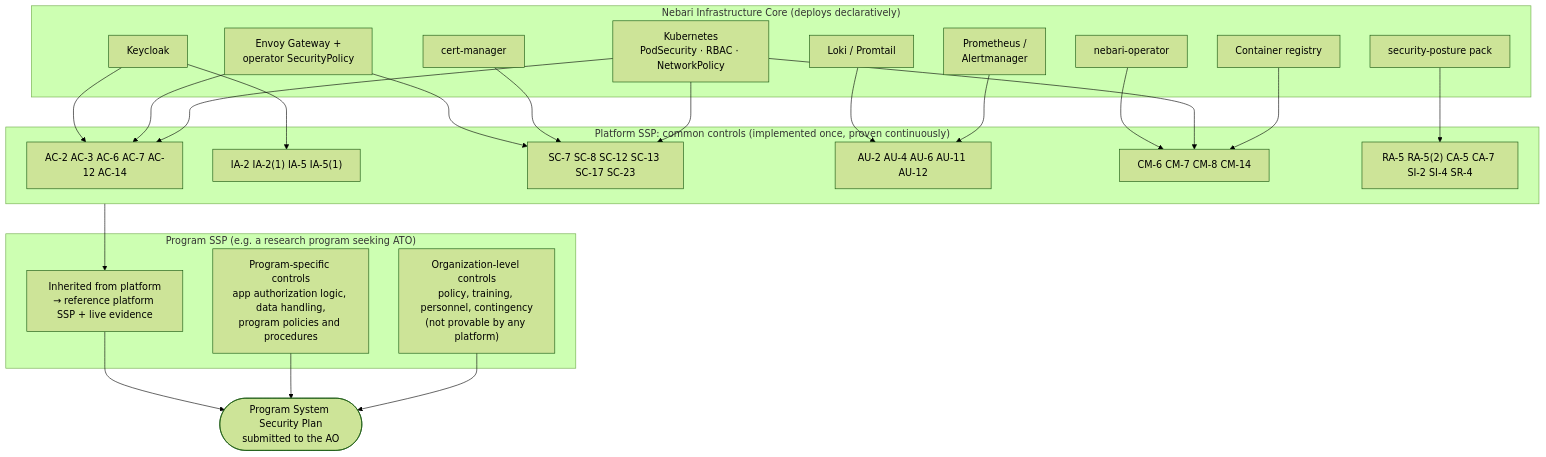
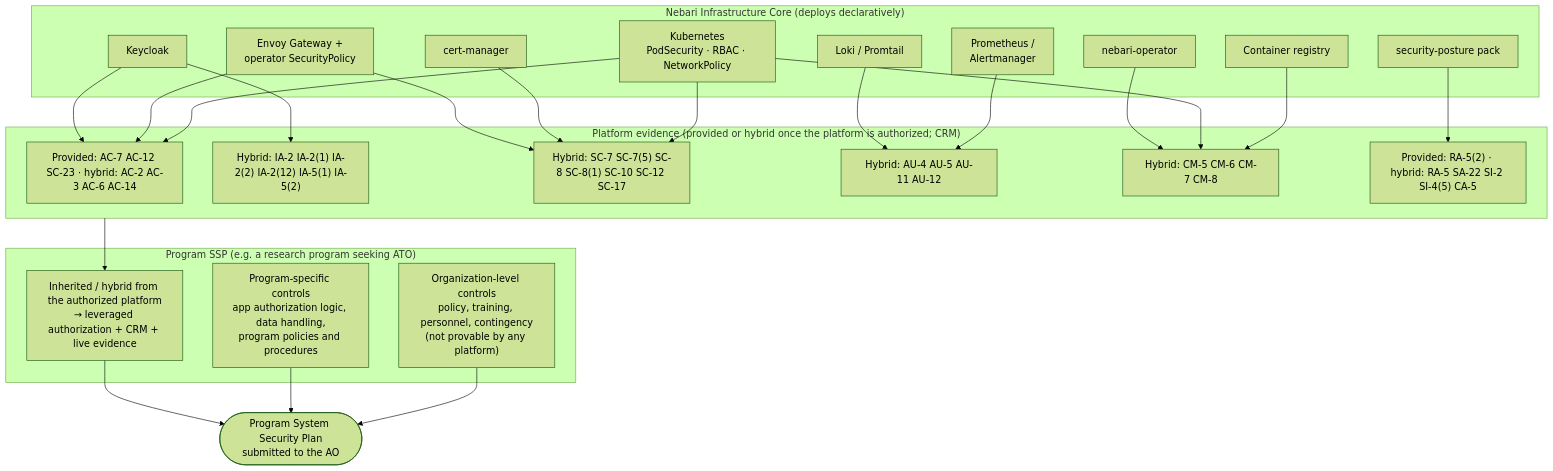
One commit to brandonrc/nebari-security-posture-pack changed the third of 5 diagrams in docs/ARCHITECTURE.md. Above: the diagram before and after it, drawn with Mermaid (forest theme). The commit also changed other lines of this file and 9 other files, not shown here.

````diff
--- a/docs/ARCHITECTURE.md
+++ b/docs/ARCHITECTURE.md
@@ -98,40 +112,40 @@
 ```mermaid
 flowchart TB
     subgraph nic["Nebari Infrastructure Core (deploys declaratively)"]
         KC["Keycloak"]
         EG["Envoy Gateway +<br/>operator SecurityPolicy"]
         CM["cert-manager"]
         OP["nebari-operator"]
         LG["Loki / Promtail"]
         PM["Prometheus /<br/>Alertmanager"]
         K8["Kubernetes<br/>PodSecurity · RBAC · NetworkPolicy"]
         RG["Container registry"]
         SP["security-posture pack"]
     end
-    subgraph common["Platform SSP: common controls (implemented once, proven continuously)"]
-        AC["AC-2 AC-3 AC-6 AC-7 AC-12 AC-14"]
-        IA["IA-2 IA-2(1) IA-5 IA-5(1)"]
-        SC["SC-7 SC-8 SC-12 SC-13 SC-17 SC-23"]
-        AU["AU-2 AU-4 AU-6 AU-11 AU-12"]
-        CMF["CM-6 CM-7 CM-8 CM-14"]
-        RA["RA-5 RA-5(2) CA-5 CA-7 SI-2 SI-4 SR-4"]
+    subgraph common["Platform evidence (provided or hybrid once the platform is authorized; CRM)"]
+        AC["Provided: AC-7 AC-12 SC-23 · hybrid: AC-2 AC-3 AC-6 AC-14"]
+        IA["Hybrid: IA-2 IA-2(1) IA-2(2) IA-2(12) IA-5(1) IA-5(2)"]
+        SC["Hybrid: SC-7 SC-7(5) SC-8 SC-8(1) SC-10 SC-12 SC-17"]
+        AU["Hybrid: AU-4 AU-5 AU-11 AU-12"]
+        CMF["Hybrid: CM-5 CM-6 CM-7 CM-8"]
+        RA["Provided: RA-5(2) · hybrid: RA-5 SA-22 SI-2 SI-4(5) CA-5"]
     end
     subgraph program["Program SSP (e.g. a research program seeking ATO)"]
-        INH["Inherited from platform<br/>→ reference platform SSP + live evidence"]
+        INH["Inherited / hybrid from the authorized platform<br/>→ leveraged authorization + CRM + live evidence"]
         OWN["Program-specific controls<br/>app authorization logic, data handling,<br/>program policies and procedures"]
         ORG["Organization-level controls<br/>policy, training, personnel, contingency<br/>(not provable by any platform)"]
     end
     KC --> AC & IA
     EG --> AC & SC
     CM --> SC
     OP --> CMF
     LG & PM --> AU
     K8 --> AC & CMF & SC
     RG --> CMF
     SP --> RA
     common --> INH
     INH --> SSP
     OWN --> SSP
     ORG --> SSP
     SSP(["Program System Security Plan<br/>submitted to the AO"])
 ```
````
